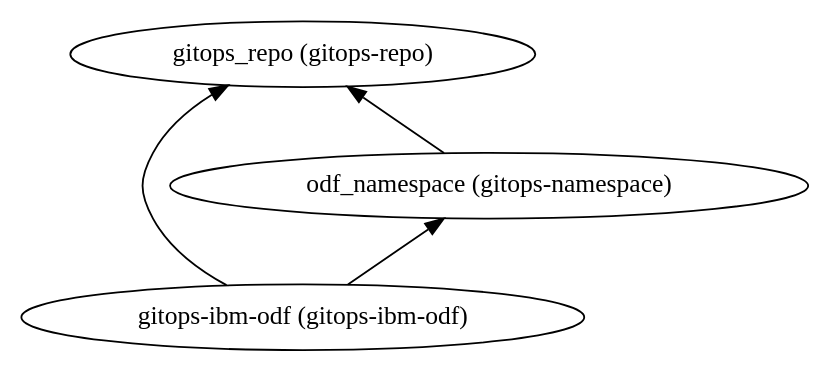
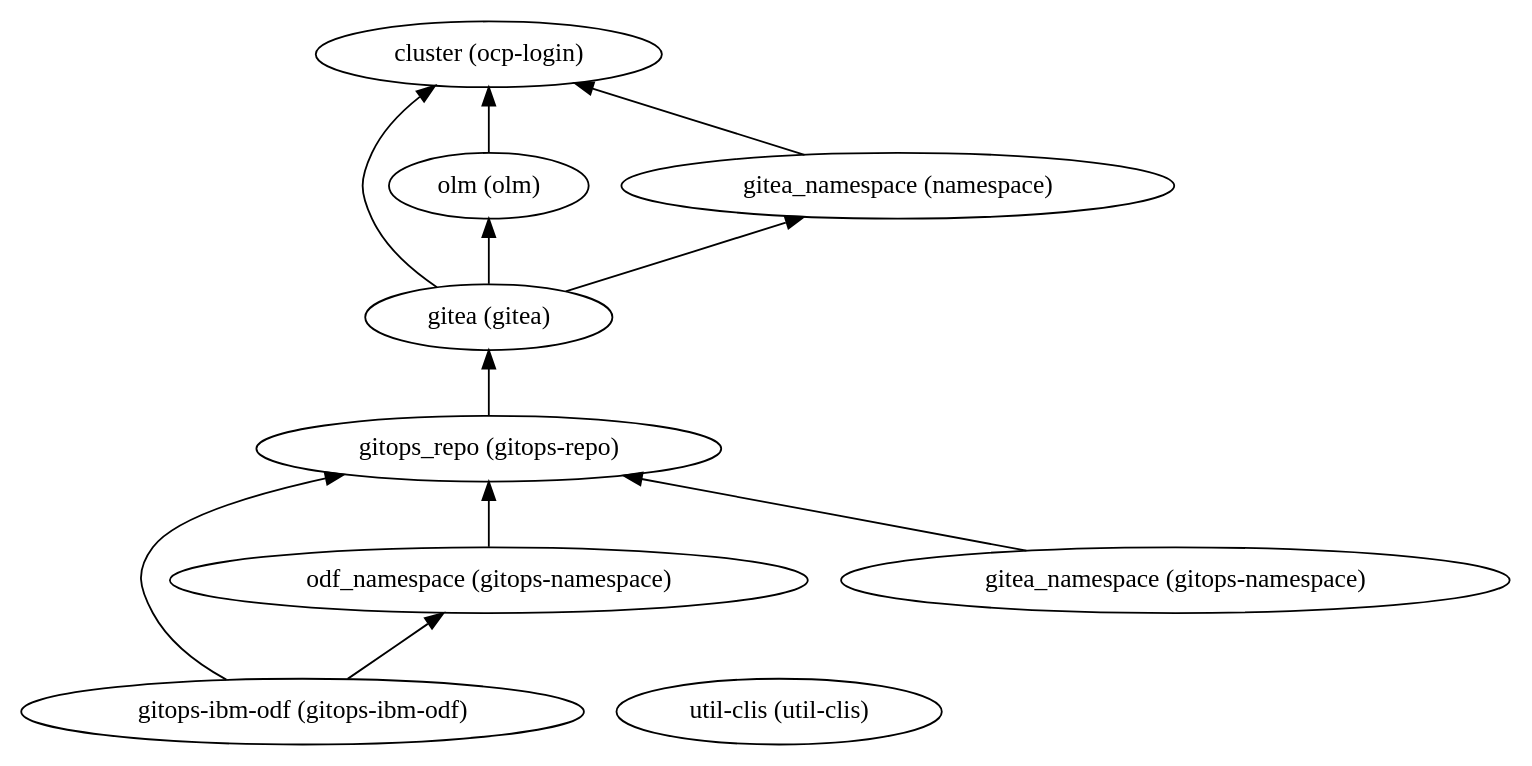
One commit to IBM/automation-data-foundation changed the diagram in 210-ibm-odf-storage/dependencies.dot. Above: the diagram before and after it, drawn with Graphviz. The commit also changed 103 other files, not shown here.

```diff
--- a/210-ibm-odf-storage/dependencies.dot
+++ b/210-ibm-odf-storage/dependencies.dot
@@ -1,9 +1,22 @@
 digraph {
     rankdir="BT"
-    "gitops-ibm-odf (gitops-ibm-odf)" -> "gitops_repo (gitops-repo)"
+    "gitea (gitea)" -> "cluster (ocp-login)"
+"gitea (gitea)" -> "olm (olm)"
+"gitea (gitea)" -> "gitea_namespace (namespace)"
+"gitea (gitea)"
+"cluster (ocp-login)"
+"olm (olm)" -> "cluster (ocp-login)"
+"olm (olm)"
+"gitea_namespace (namespace)" -> "cluster (ocp-login)"
+"gitea_namespace (namespace)"
+"gitops-ibm-odf (gitops-ibm-odf)" -> "gitops_repo (gitops-repo)"
 "gitops-ibm-odf (gitops-ibm-odf)" -> "odf_namespace (gitops-namespace)"
 "gitops-ibm-odf (gitops-ibm-odf)"
+"gitops_repo (gitops-repo)" -> "gitea (gitea)"
 "gitops_repo (gitops-repo)"
 "odf_namespace (gitops-namespace)" -> "gitops_repo (gitops-repo)"
 "odf_namespace (gitops-namespace)"
+"gitea_namespace (gitops-namespace)" -> "gitops_repo (gitops-repo)"
+"gitea_namespace (gitops-namespace)"
+"util-clis (util-clis)"
   }
```
